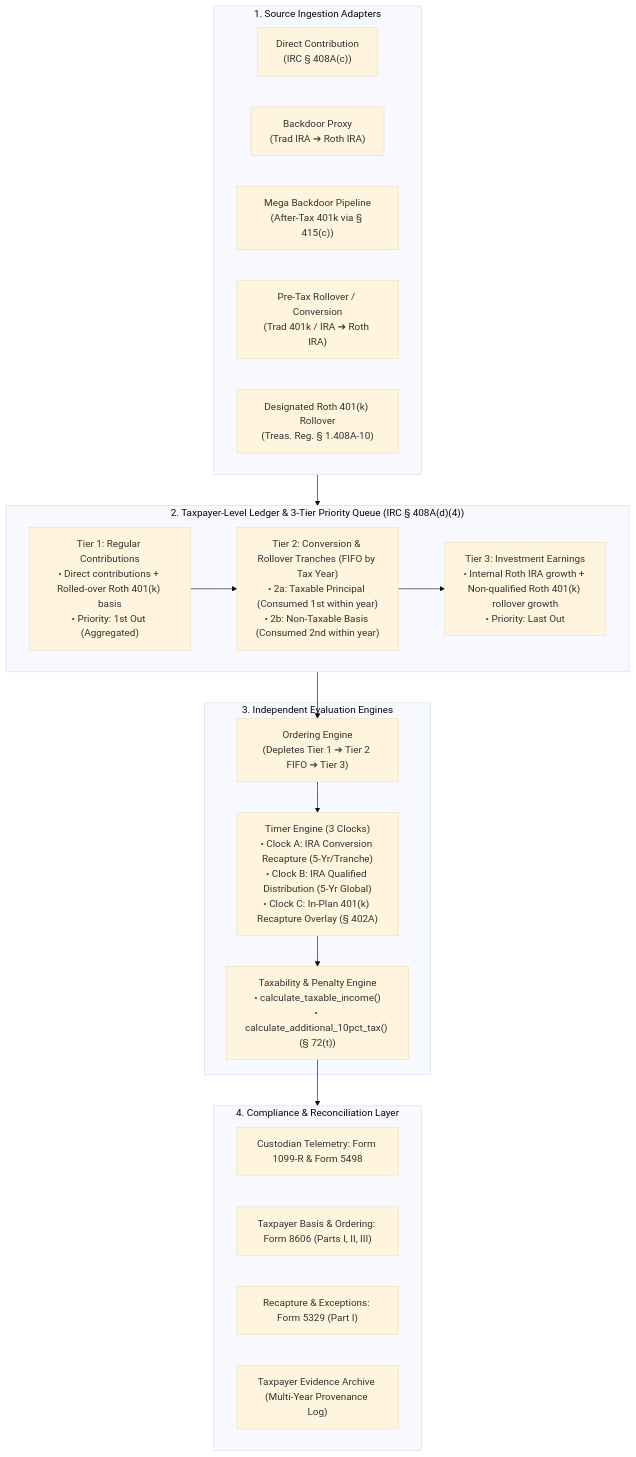
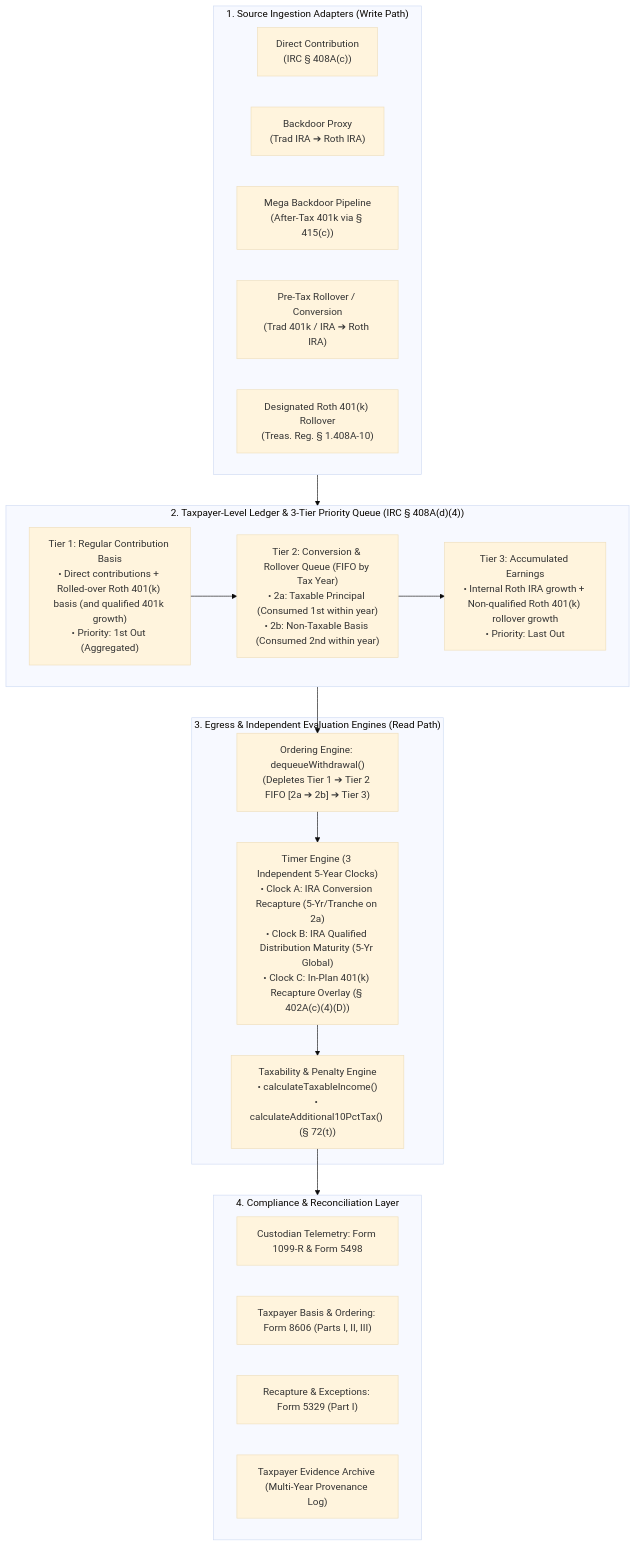
Before and after one commit to mradityagoyal/us-india-401k-blueprint: the diagram in roth/PRD.md, drawn with Mermaid (base theme). The commit also changed other lines of this file, not shown here.

Commit message:
docs: create PRD and implementation roadmap for Roth IRA accounting engine

````diff
--- a/roth/PRD.md
+++ b/roth/PRD.md
@@ -36,36 +37,36 @@
 ```mermaid
 flowchart TB
-    subgraph S1["1. Source Ingestion Adapters"]
+    subgraph S1["1. Source Ingestion Adapters (Write Path)"]
         A1["Direct Contribution<br/>(IRC § 408A(c))"]
         A2["Backdoor Proxy<br/>(Trad IRA ➔ Roth IRA)"]
         A3["Mega Backdoor Pipeline<br/>(After-Tax 401k via § 415(c))"]
         A4["Pre-Tax Rollover / Conversion<br/>(Trad 401k / IRA ➔ Roth IRA)"]
         A5["Designated Roth 401(k) Rollover<br/>(Treas. Reg. § 1.408A-10)"]
     end
 
     subgraph S2["2. Taxpayer-Level Ledger & 3-Tier Priority Queue (IRC § 408A(d)(4))"]
-        T1["Tier 1: Regular Contributions<br/>• Direct contributions + Rolled-over Roth 401(k) basis<br/>• Priority: 1st Out (Aggregated)"]
-        T2["Tier 2: Conversion & Rollover Tranches (FIFO by Tax Year)<br/>• 2a: Taxable Principal (Consumed 1st within year)<br/>• 2b: Non-Taxable Basis (Consumed 2nd within year)"]
-        T3["Tier 3: Investment Earnings<br/>• Internal Roth IRA growth + Non-qualified Roth 401(k) rollover growth<br/>• Priority: Last Out"]
+        T1["Tier 1: Regular Contribution Basis<br/>• Direct contributions + Rolled-over Roth 401(k) basis (and qualified 401k growth)<br/>• Priority: 1st Out (Aggregated)"]
+        T2["Tier 2: Conversion & Rollover Queue (FIFO by Tax Year)<br/>• 2a: Taxable Principal (Consumed 1st within year)<br/>• 2b: Non-Taxable Basis (Consumed 2nd within year)"]
+        T3["Tier 3: Accumulated Earnings<br/>• Internal Roth IRA growth + Non-qualified Roth 401(k) rollover growth<br/>• Priority: Last Out"]
         T1 --> T2 --> T3
     end
 
-    subgraph S3["3. Independent Evaluation Engines"]
-        E1["Ordering Engine<br/>(Depletes Tier 1 ➔ Tier 2 FIFO ➔ Tier 3)"]
-        E2["Timer Engine (3 Clocks)<br/>• Clock A: IRA Conversion Recapture (5-Yr/Tranche)<br/>• Clock B: IRA Qualified Distribution (5-Yr Global)<br/>• Clock C: In-Plan 401(k) Recapture Overlay (§ 402A)"]
-        E3["Taxability & Penalty Engine<br/>• calculate_taxable_income()<br/>• calculate_additional_10pct_tax() (§ 72(t))"]
+    subgraph S3["3. Egress & Independent Evaluation Engines (Read Path)"]
+        E1["Ordering Engine: dequeueWithdrawal()<br/>(Depletes Tier 1 ➔ Tier 2 FIFO [2a ➔ 2b] ➔ Tier 3)"]
+        E2["Timer Engine (3 Independent 5-Year Clocks)<br/>• Clock A: IRA Conversion Recapture (5-Yr/Tranche on 2a)<br/>• Clock B: IRA Qualified Distribution Maturity (5-Yr Global)<br/>• Clock C: In-Plan 401(k) Recapture Overlay (§ 402A(c)(4)(D))"]
+        E3["Taxability & Penalty Engine<br/>• calculateTaxableIncome()<br/>• calculateAdditional10PctTax() (§ 72(t))"]
     end
 
     subgraph S4["4. Compliance & Reconciliation Layer"]
         C1["Custodian Telemetry: Form 1099-R & Form 5498"]
         C2["Taxpayer Basis & Ordering: Form 8606 (Parts I, II, III)"]
         C3["Recapture & Exceptions: Form 5329 (Part I)"]
         C4["Taxpayer Evidence Archive (Multi-Year Provenance Log)"]
     end
 
     S1 --> S2
     S2 --> E1
     E1 --> E2
     E2 --> E3
     E3 --> S4
 ```
````
